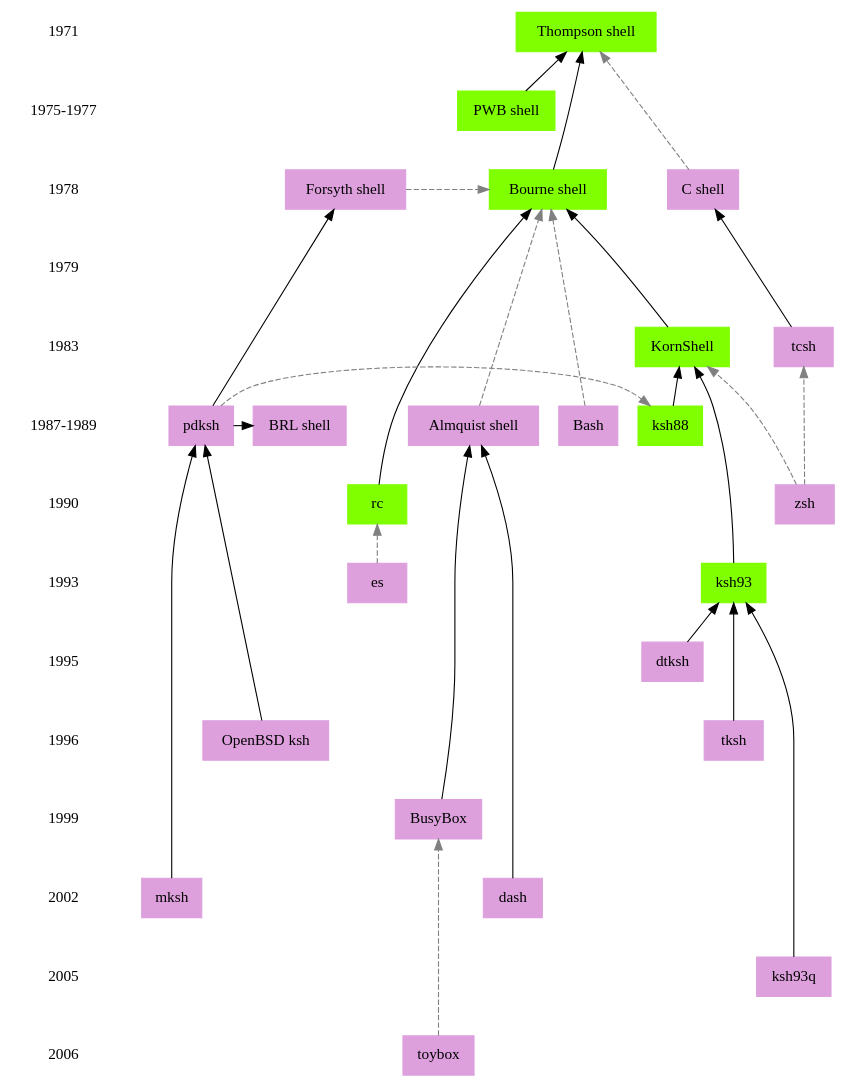
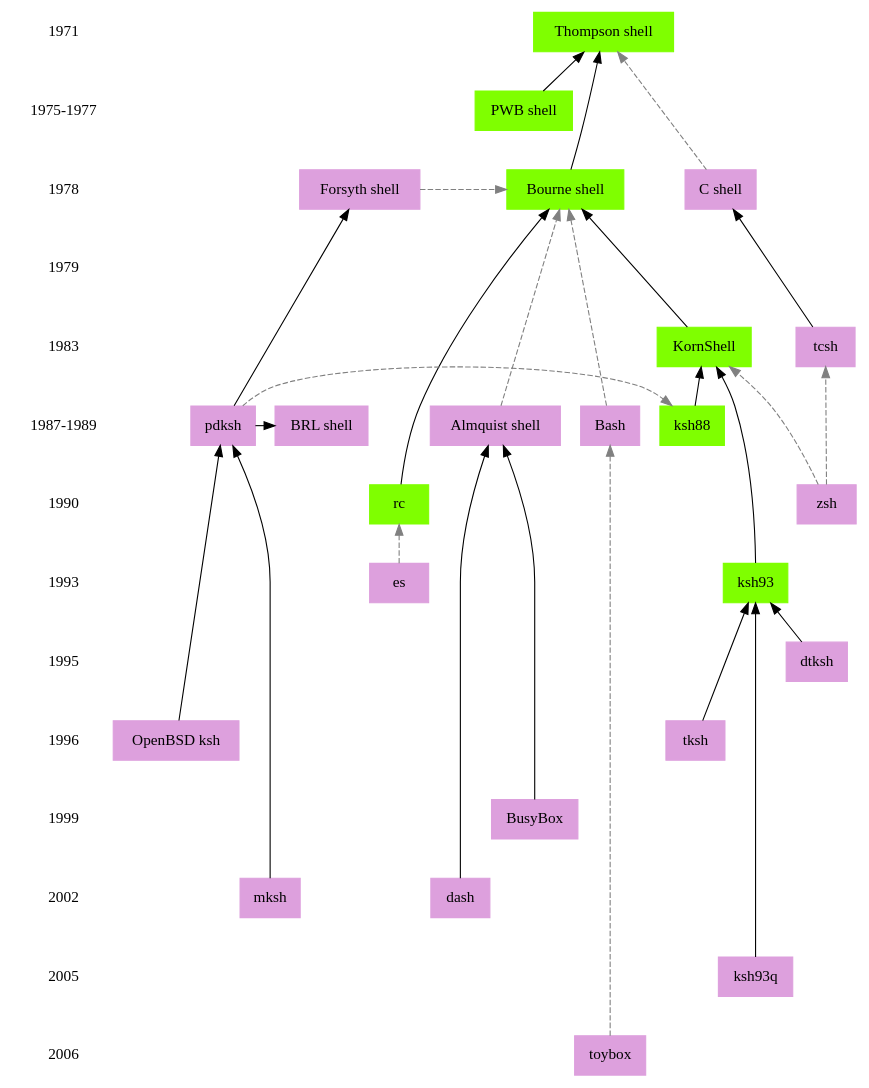
One commit to marcpaq/shellancestry changed the diagram in shellancestry.gv. Above: the diagram before and after it, drawn with Graphviz. The commit also changed 1 other file, not shown here.

Commit message:
toysh is influenced off bash, not busybox ash

```diff
--- a/shellancestry.gv
+++ b/shellancestry.gv
@@ -1,115 +1,115 @@
 digraph shells {
 
 {
         edge [ style = invis; ]
         node [ shape = plaintext; ]
         1971 -> "1975-1977" -> 1978 -> 1979 -> 1983 -> "1987-1989" -> 1990 -> 1993 -> 1995 -> 1996 ->1999 -> 2002 -> 2005 -> 2006;
 }
 
 edge [ style = solid; ]
 node [ shape = box; ]
 
 /*
 
 Proprietary licenses
 
 */
 node [ style=filled, color=chartreuse ];
 
 { rank = same; 1971; "Thompson shell"; }
 
 { rank = same; "1975-1977"; "PWB shell"; }
 
 { rank = same; 1978; "Bourne shell"; }
 
 { rank = same; "1990" ; rc; }
 
 { rank = same; 1983; "KornShell"; }
 
 { rank = same; "1987-1989"; "ksh88"; }
 
 { rank = same; 1993; "ksh93"; }
 
 /*
 
 Open, free, public licenses
 
 */
 node [ style=filled, color=plum ];
 
 { rank = same; 1978; "C shell"; }
 
 { rank = same; "1987-1989"; "BRL shell"; }
 
 { rank = same; 1978; "Forsyth shell"; }
 
 { rank = same; 1983; tcsh; }
 
 { rank = same; "1987-1989"; "Almquist shell"; }
 
 { rank = same; 2005; "ksh93q"; }
 
 { rank = same; 2002; dash; }
 
 { rank = same; "1987-1989"; pdksh; }
 
 { rank = same; "1987-1989"; Bash; }
 
 { rank = same; 1993; es; }
 
 { rank = same; 1990; zsh; }
 
 { rank = same; 1995; dtksh; }
 
 { rank = same; 1996; tksh; }
 
 { rank = same; 1999; BusyBox; }
 
 { rank = same; 2002; mksh; }
 
 { rank = same; 2006; toybox; }
 
 { rank = same; 1996; "OpenBSD ksh"; }
 
 /*
 
 Uses source code from
 
 */
 edge [ style = solid; color = black; ];
 
 "Bourne shell" -> "Thompson shell";
 "BusyBox" -> "Almquist shell";
 "KornShell" -> "Bourne shell";
 "OpenBSD ksh" -> "pdksh";
 "PWB shell" -> "Thompson shell";
 "dash" -> "Almquist shell";
 "dtksh" -> "ksh93";
 "ksh88" -> "KornShell";
 "ksh93" -> "KornShell";
 "ksh93q" -> "ksh93";
 "mksh" -> "pdksh";
 "pdksh" -> "BRL shell";
 "pdksh" -> "Forsyth shell";
 "rc" -> "Bourne shell";
 "tcsh" -> "C shell";
 "tksh" -> "ksh93";
 
 /*
 
 Influenced by/clean reimplementation of
 
 */
 edge [ style = dashed; color = grey; ];
 
 "pdksh" -> ksh88;
 "zsh" -> KornShell;
 "zsh" -> tcsh;
 "Forsyth shell" -> "Bourne shell" ;
 "Bash" -> "Bourne shell";
 "Almquist shell" -> "Bourne shell";
 "C shell" -> "Thompson shell";
 "es" -> "rc";
-"toybox" -> BusyBox;
+"toybox" -> "Bash";
 
 }
```
